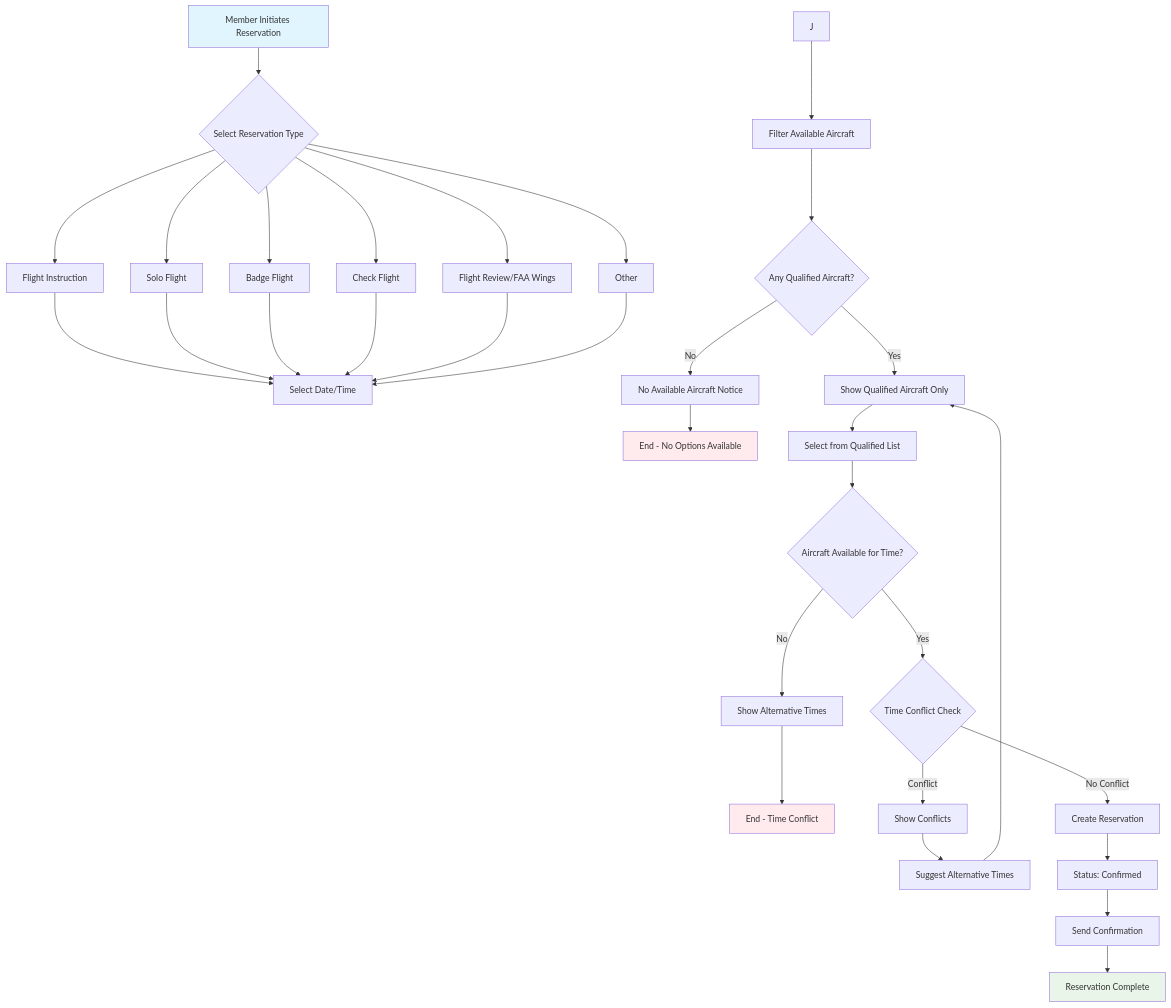
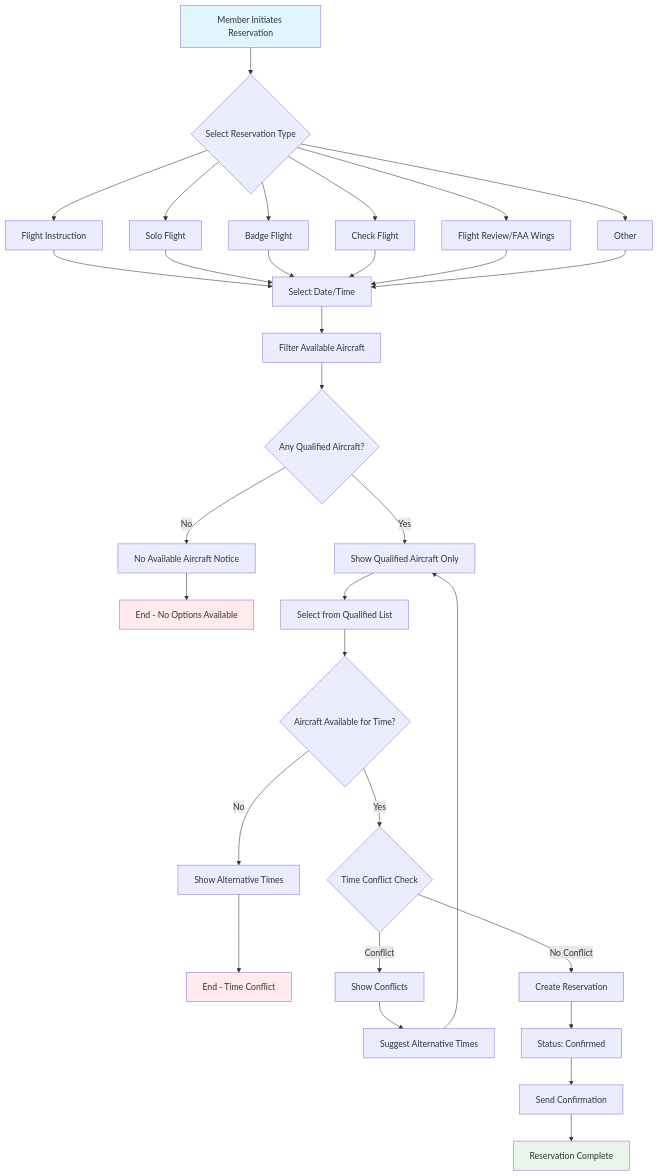
Before and after one commit to pietbarber/Manage2Soar: the first of 6 diagrams in docs/workflows/issue-190-glider-reservation-design.md, drawn with Mermaid.

Commit message:
Refactor aircraft filtering and conflict resolution in glider reservation workflow. Update flowchart logic to improve clarity in the selection of qualified aircraft and handling of time conflicts, ensuring a more streamlined reservation process.

````diff
--- a/docs/workflows/issue-190-glider-reservation-design.md
+++ b/docs/workflows/issue-190-glider-reservation-design.md
@@ -10,47 +10,47 @@
 ```mermaid
 flowchart TD
     A[Member Initiates Reservation] --> B{Select Reservation Type}
     
     B --> C[Flight Instruction]
     B --> D[Solo Flight]
     B --> E[Badge Flight]
     B --> F[Check Flight]
     B --> G[Flight Review/FAA Wings]
     B --> H[Other]
     
     C --> I[Select Date/Time]
     D --> I
     E --> I
     F --> I
     G --> I
     H --> I
     
-    J --> K[Filter Available Aircraft]
-    K --> L{Any Qualified Aircraft?}
+    I --> J[Filter Available Aircraft]
+    J --> K{Any Qualified Aircraft?}
     
-    L -->|No| M[No Available Aircraft Notice]
-    M --> N[End - No Options Available]
+    K -->|No| L[No Available Aircraft Notice]
+    L --> M[End - No Options Available]
     
-    L -->|Yes| O[Show Qualified Aircraft Only]
-    O --> P[Select from Qualified List]
-    P --> Q{Aircraft Available for Time?}
+    K -->|Yes| N[Show Qualified Aircraft Only]
+    N --> O[Select from Qualified List]
+    O --> P{Aircraft Available for Time?}
     
-    Q -->|No| R[Show Alternative Times]
-    R --> S[End - Time Conflict]
+    P -->|No| Q[Show Alternative Times]
+    Q --> R[End - Time Conflict]
     
-    Q -->|Yes| T{Time Conflict Check}
-    T -->|Conflict| U[Show Conflicts]
-    U --> V[Suggest Alternative Times]
-    V --> O
+    P -->|Yes| S{Time Conflict Check}
+    S -->|Conflict| T[Show Conflicts]
+    T --> U[Suggest Alternative Times]
+    U --> N
     
-    T -->|No Conflict| Y[Create Reservation]
+    S -->|No Conflict| V[Create Reservation]
     
-    Y --> DD[Status: Confirmed]
-    DD --> EE[Send Confirmation]
-    EE --> FF[Reservation Complete]
+    V --> W[Status: Confirmed]
+    W --> X[Send Confirmation]
+    X --> Y[Reservation Complete]
     
     style A fill:#e1f5fe
-    style FF fill:#e8f5e8
-    style N fill:#ffebee
-    style S fill:#ffebee
+    style Y fill:#e8f5e8
+    style M fill:#ffebee
+    style R fill:#ffebee
 ```
````
